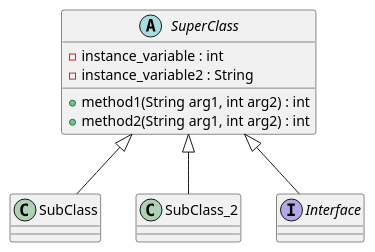
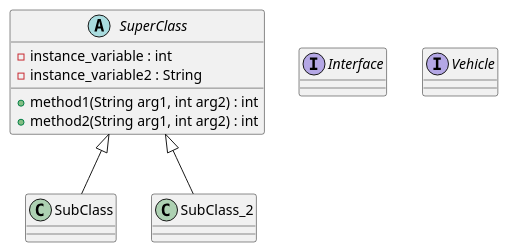
One commit to fcarella/csd214_class_repo changed the diagram in src/main/java/csd214/f24/lab2/plantUML_examples/examples.puml. Above: the diagram before and after it, drawn with PlantUML. The commit also changed 4 other files, not shown here.

```diff
--- a/src/main/java/csd214/f24/lab2/plantUML_examples/examples.puml
+++ b/src/main/java/csd214/f24/lab2/plantUML_examples/examples.puml
@@ -1,19 +1,19 @@
 @startuml
 ' plant uml guide : https://plantuml.com/guide
 abstract class SuperClass
 class SubClass
 class SubClass_2
 interface Interface
+interface Vehicle
 
 SuperClass : - instance_variable : int
 SuperClass : - instance_variable2 : String
 
 SuperClass : + method1(String arg1, int arg2) : int
 SuperClass : + method2(String arg1, int arg2) : int
 
  SuperClass <|-- SubClass
  SuperClass <|-- SubClass_2
 
- SuperClass <|-- Interface
 
 @enduml
```
